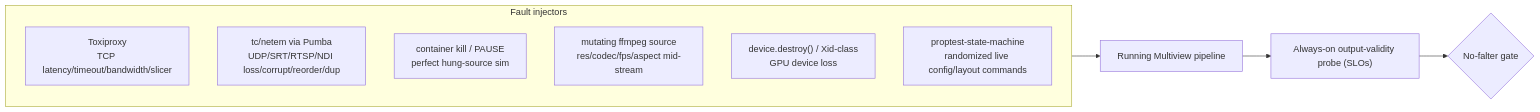
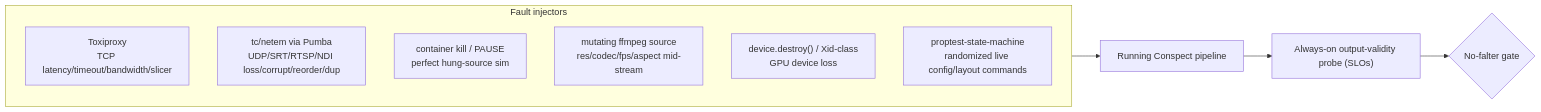
The second of 3 diagrams in docs/operations/testing-and-benchmarking.md (conspect-studio/conspect), drawn with Mermaid before and after one commit. The commit also changed other lines of this file and 110 other files, not shown here.

````diff
--- a/docs/operations/testing-and-benchmarking.md
+++ b/docs/operations/testing-and-benchmarking.md
@@ -162,14 +162,14 @@
 ```mermaid
 flowchart LR
     subgraph INJECT["Fault injectors"]
       TP["Toxiproxy\nTCP latency/timeout/bandwidth/slicer"]
       NETEM["tc/netem via Pumba\nUDP/SRT/RTSP/NDI loss/corrupt/reorder/dup"]
       KILL["container kill / PAUSE\nperfect hung-source sim"]
       MUT["mutating ffmpeg source\nres/codec/fps/aspect mid-stream"]
       DEV["device.destroy() / Xid-class\nGPU device loss"]
       PBT["proptest-state-machine\nrandomized live config/layout commands"]
     end
-    INJECT --> PIPE["Running Multiview pipeline"]
+    INJECT --> PIPE["Running Conspect pipeline"]
     PIPE --> PROBE["Always-on output-validity probe (SLOs)"]
     PROBE --> GATE{"No-falter gate"}
 ```
````
